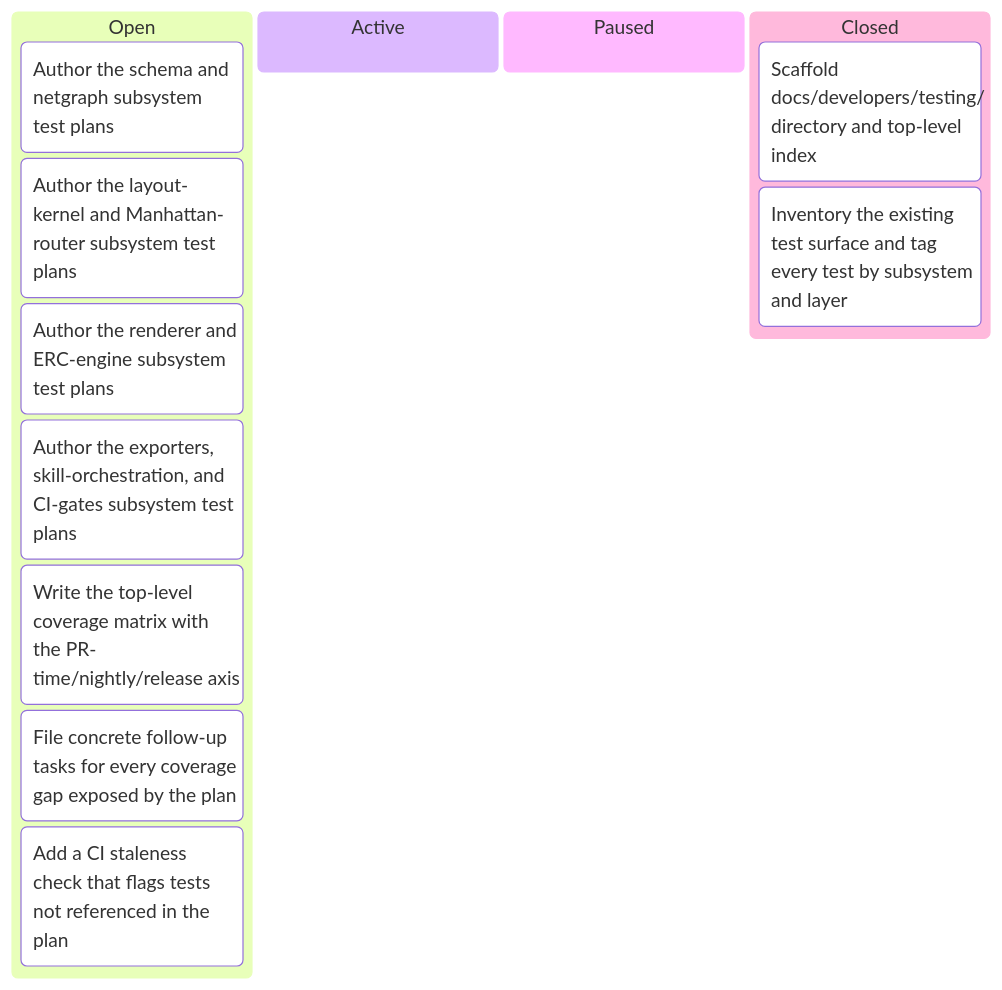
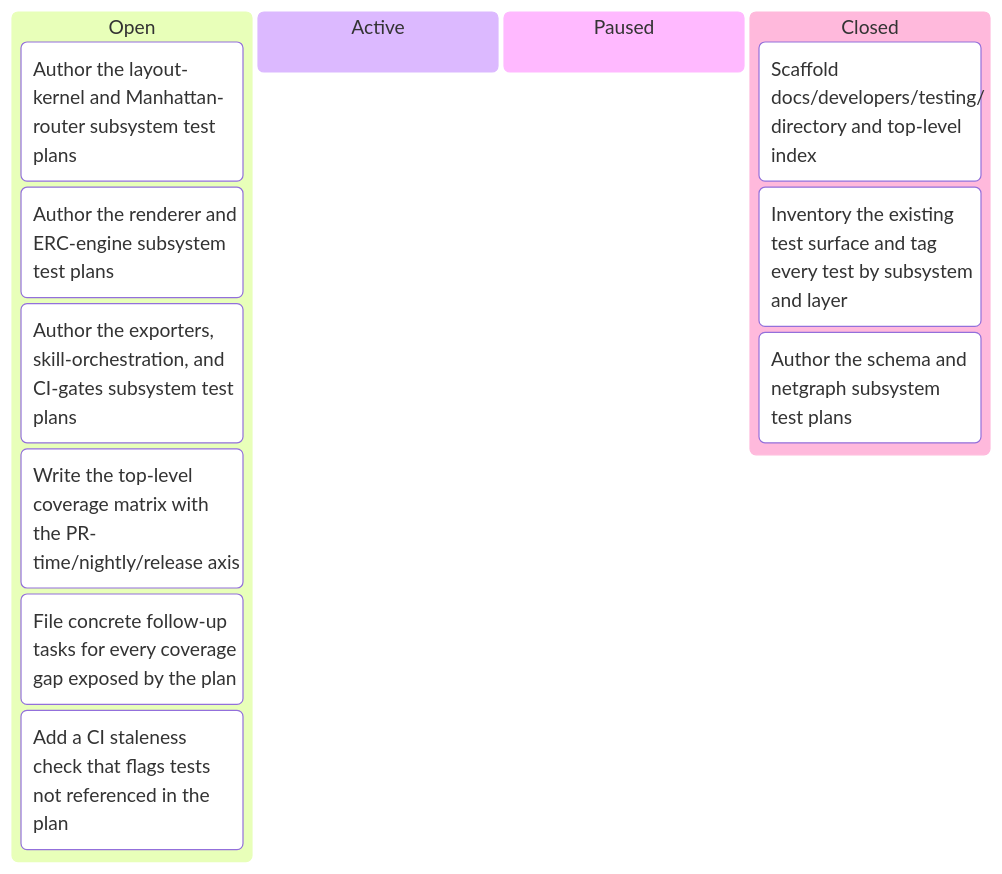
Before and after one commit to tgd1975/CircuitSmith: the third of 3 diagrams in docs/developers/tasks/KANBAN.md, drawn with Mermaid. The commit also changed other lines of this file and 6 other files, not shown here.

First line of the commit message:
close TASK-085: author the schema and netgraph subsystem test plans

````diff
--- a/docs/developers/tasks/KANBAN.md
+++ b/docs/developers/tasks/KANBAN.md
@@ -53,16 +53,16 @@
 ```mermaid
 kanban
   Open
-    TASK_085["Author the schema and netgraph subsystem test plans"]
     TASK_086["Author the layout-kernel and Manhattan-router subsystem test plans"]
     TASK_087["Author the renderer and ERC-engine subsystem test plans"]
     TASK_088["Author the exporters, skill-orchestration, and CI-gates subsystem test plans"]
     TASK_089["Write the top-level coverage matrix with the PR-time/nightly/release axis"]
     TASK_090["File concrete follow-up tasks for every coverage gap exposed by the plan"]
     TASK_091["Add a CI staleness check that flags tests not referenced in the plan"]
   Active
   Paused
   Closed
     TASK_083["Scaffold docs/developers/testing/ directory and top-level index"]
     TASK_084["Inventory the existing test surface and tag every test by subsystem and layer"]
+    TASK_085["Author the schema and netgraph subsystem test plans"]
 ```
````
